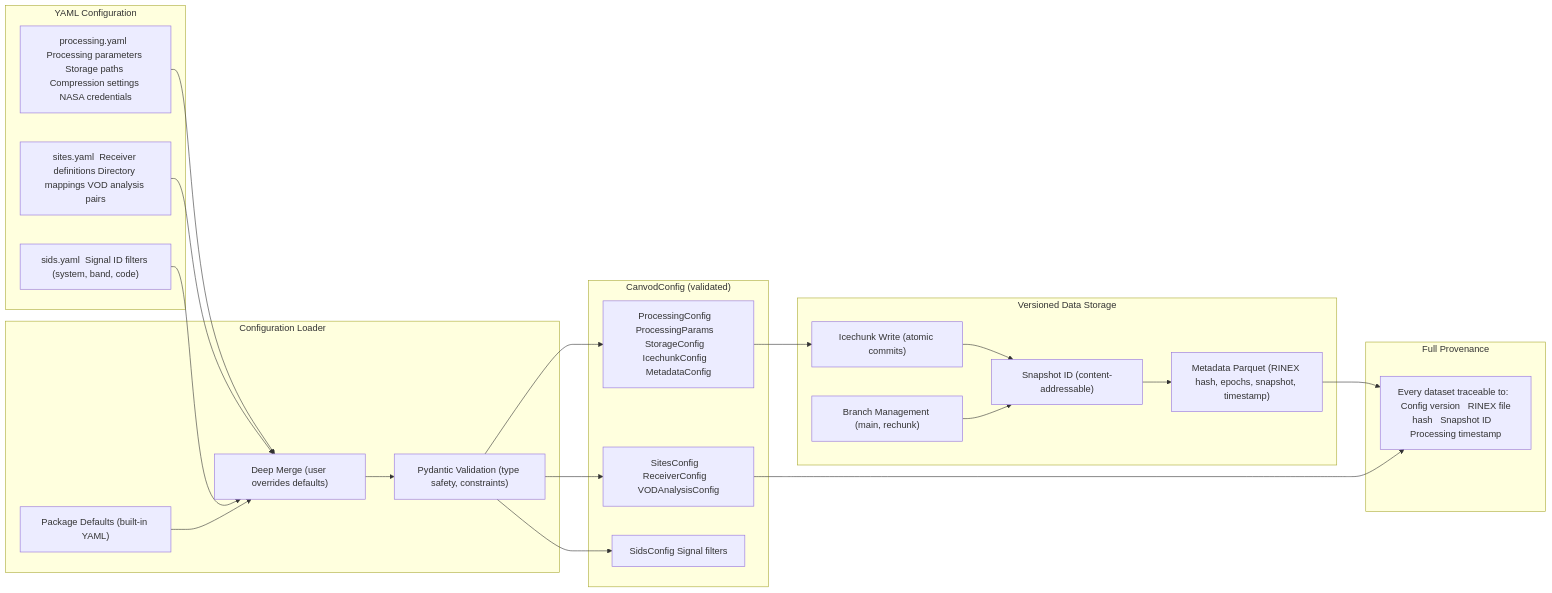
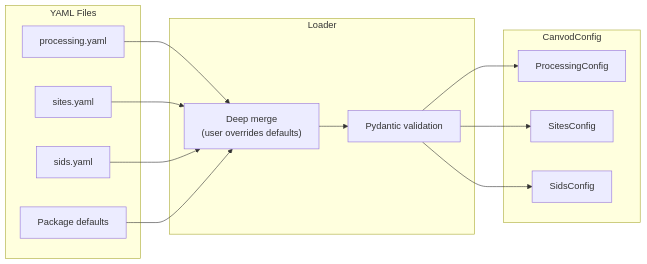
The second of 2 diagrams in docs/guides/architecture-design.md (mfkiwl/canvodpy), drawn with Mermaid before and after one commit. The commit also changed other lines of this file and 38 other files, not shown here.

````diff
--- a/docs/guides/architecture-design.md
+++ b/docs/guides/architecture-design.md
@@ -248,47 +178,23 @@
 ```mermaid
 flowchart LR
-    subgraph CONFIG["YAML Configuration"]
-        PROC["processing.yaml  Processing parameters Storage paths Compression settings NASA credentials"]
-        SITES["sites.yaml  Receiver definitions Directory mappings VOD analysis pairs"]
-        SIDS["sids.yaml  Signal ID filters (system, band, code)"]
+    subgraph FILES["YAML Files"]
+        PROC["processing.yaml"]
+        SITES["sites.yaml"]
+        SIDS["sids.yaml"]
+        DEF["Package defaults"]
     end
 
-    subgraph LOADER["Configuration Loader"]
-        DEFAULTS["Package Defaults (built-in YAML)"]
-        MERGE["Deep Merge (user overrides defaults)"]
-        PYDANTIC["Pydantic Validation (type safety, constraints)"]
+    subgraph LOAD["Loader"]
+        MERGE["Deep merge\n(user overrides defaults)"]
+        PYDANTIC["Pydantic validation"]
     end
 
-    subgraph VALIDATED["CanvodConfig (validated)"]
-        PC["ProcessingConfig   ProcessingParams   StorageConfig   IcechunkConfig   MetadataConfig"]
-        SC["SitesConfig   ReceiverConfig   VODAnalysisConfig"]
-        SIC["SidsConfig   Signal filters"]
+    subgraph VALIDATED["CanvodConfig"]
+        PC["ProcessingConfig"]
+        SC["SitesConfig"]
+        SIC["SidsConfig"]
     end
 
-    subgraph VERSIONED["Versioned Data Storage"]
-        IC_WRITE["Icechunk Write (atomic commits)"]
-        SNAPSHOT["Snapshot ID (content-addressable)"]
-        BRANCH["Branch Management (main, rechunk)"]
-        METADATA["Metadata Parquet (RINEX hash, epochs, snapshot, timestamp)"]
-    end
-
-    subgraph PROVENANCE["Full Provenance"]
-        TRACE["Every dataset traceable to:   Config version   RINEX file hash   Snapshot ID   Processing timestamp"]
-    end
-
-    PROC --> MERGE
-    SITES --> MERGE
-    SIDS --> MERGE
-    DEFAULTS --> MERGE
-    MERGE --> PYDANTIC
-    PYDANTIC --> PC
-    PYDANTIC --> SC
-    PYDANTIC --> SIC
-
-    PC --> IC_WRITE
-    IC_WRITE --> SNAPSHOT
-    SNAPSHOT --> METADATA
-    BRANCH --> SNAPSHOT
-    METADATA --> TRACE
-    SC --> TRACE
+    PROC & SITES & SIDS & DEF --> MERGE --> PYDANTIC
+    PYDANTIC --> PC & SC & SIC
 ```
````
